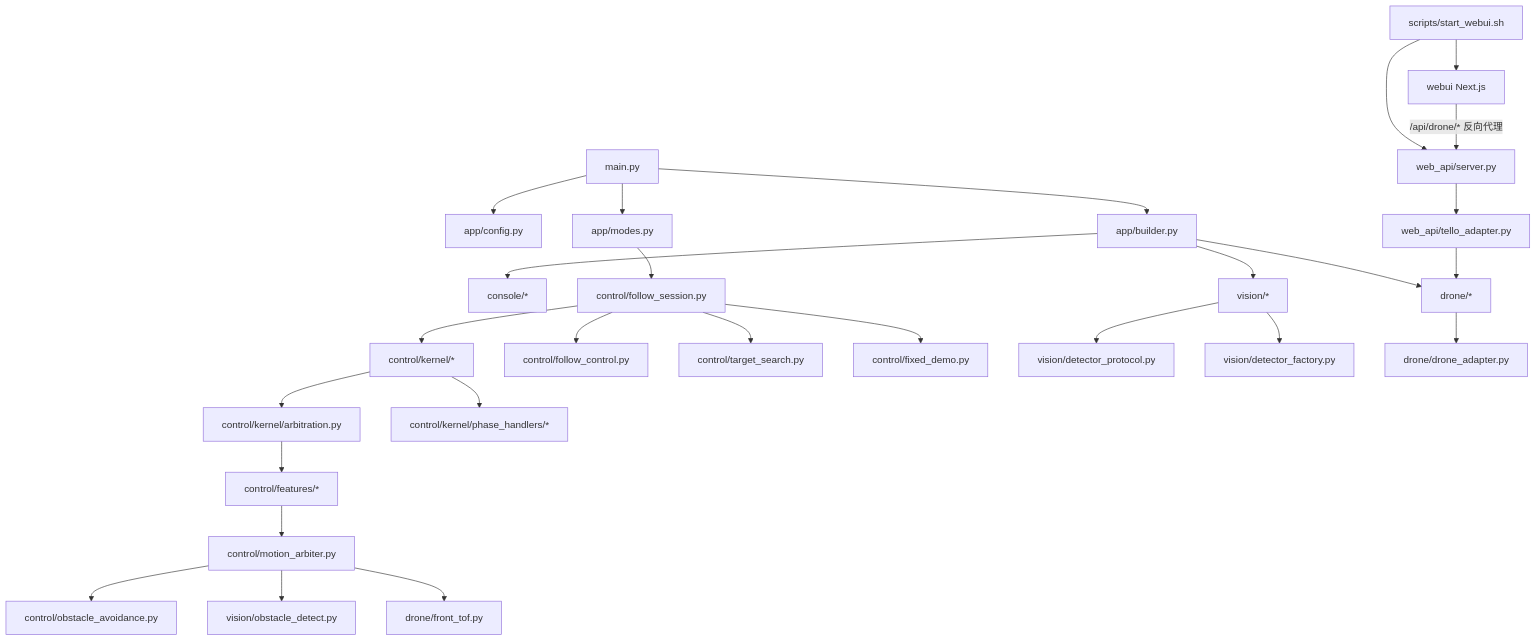
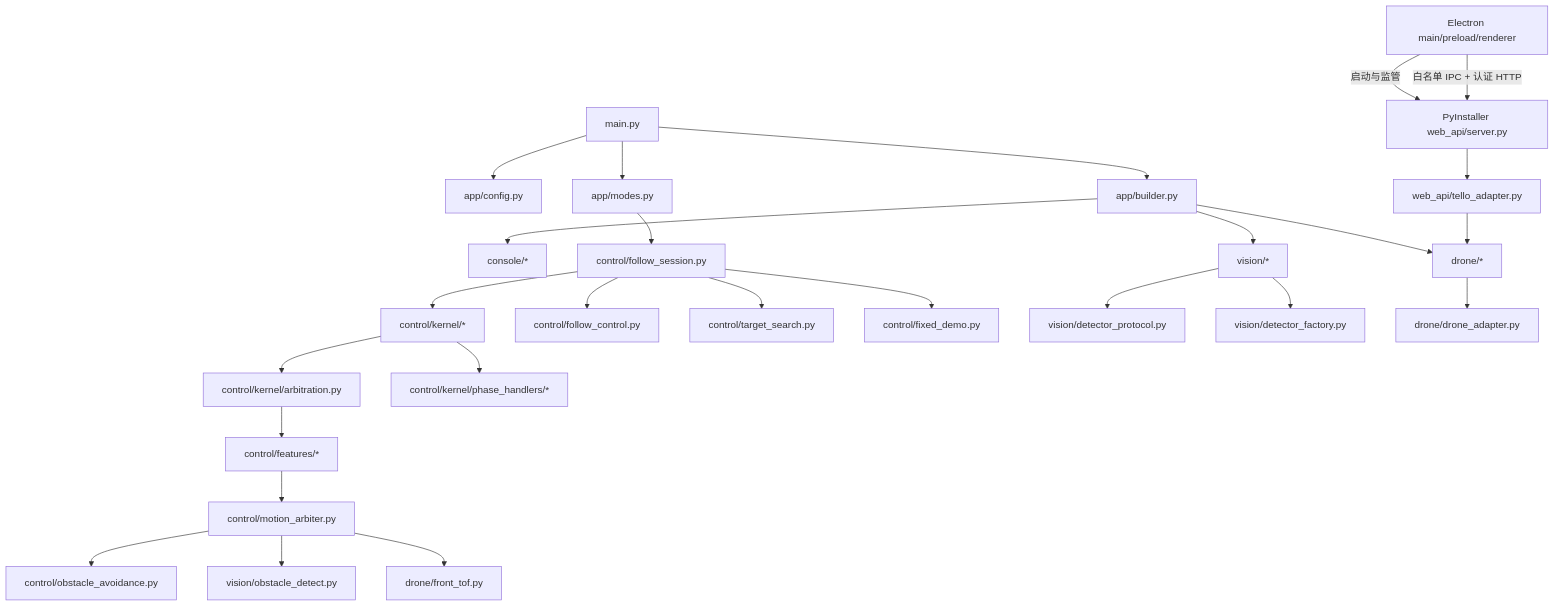
The first of 3 diagrams in docs/02-系统架构与生命周期.md (player-Muteki/PhantomFilmer), drawn with Mermaid before and after one commit. The commit also changed other lines of this file and 54 other files, not shown here.

Commit message:
feat: migrate WebUI to Electron desktop app

````diff
--- a/docs/02-系统架构与生命周期.md
+++ b/docs/02-系统架构与生命周期.md
@@ -9,29 +9,28 @@
 ```mermaid
 flowchart TD
     MAIN[main.py] --> CONFIG[app/config.py]
     MAIN --> BUILDER[app/builder.py]
     MAIN --> MODES[app/modes.py]
-    WEBSTART[scripts/start_webui.sh] --> WEBUI[webui Next.js]
-    WEBSTART --> WEBAPI[web_api/server.py]
-    WEBUI -->|/api/drone/* 反向代理| WEBAPI
+    DESKTOP[Electron main/preload/renderer] -->|启动与监管| WEBAPI[PyInstaller web_api/server.py]
+    DESKTOP -->|白名单 IPC + 认证 HTTP| WEBAPI
     WEBAPI --> WEBADAPTER[web_api/tello_adapter.py]
     BUILDER --> CONSOLE[console/*]
     BUILDER --> DRONE[drone/*]
     BUILDER --> VISION[vision/*]
     MODES --> SESSION[control/follow_session.py]
     SESSION --> KERNEL[control/kernel/*]
     SESSION --> CTRL[control/follow_control.py]
     SESSION --> SEARCH[control/target_search.py]
     SESSION --> FIXED[control/fixed_demo.py]
     KERNEL --> ARBIT[control/kernel/arbitration.py]
     KERNEL --> PHASES[control/kernel/phase_handlers/*]
     ARBIT --> FEATURES[control/features/*]
     FEATURES --> ARBITER[control/motion_arbiter.py]
     ARBITER --> OBS[control/obstacle_avoidance.py]
     ARBITER --> VOBST[vision/obstacle_detect.py]
     ARBITER --> TOF[drone/front_tof.py]
     VISION --> DPROTO[vision/detector_protocol.py]
     VISION --> DFAC[vision/detector_factory.py]
     DRONE --> DADAPT[drone/drone_adapter.py]
     WEBADAPTER --> DRONE
 ```
````
